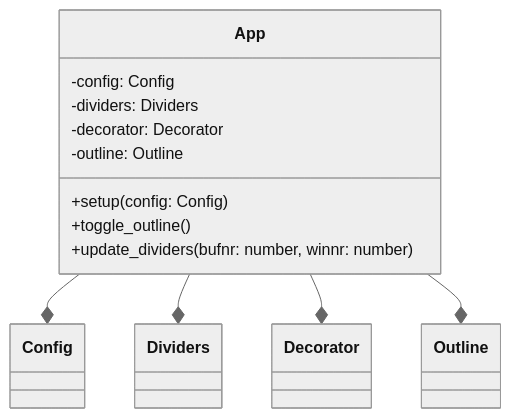
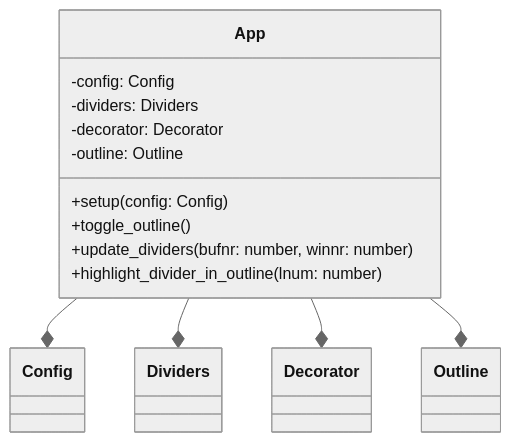
One commit to niuiic/divider.nvim changed the first of 8 diagrams in DESIGN.md. Above: the diagram before and after it, drawn with Mermaid (neutral theme). The commit also changed other lines of this file and 6 other files, not shown here.

````diff
--- a/DESIGN.md
+++ b/DESIGN.md
@@ -36,17 +32,18 @@
 ```mermaid
 classDiagram
     App --* Config
     App --* Dividers
     App --* Decorator
     App --* Outline
     class App {
         -config: Config
         -dividers: Dividers
         -decorator: Decorator
         -outline: Outline
 
         +setup(config: Config)
         +toggle_outline()
         +update_dividers(bufnr: number, winnr: number)
+        +highlight_divider_in_outline(lnum: number)
     }
 ```
````
